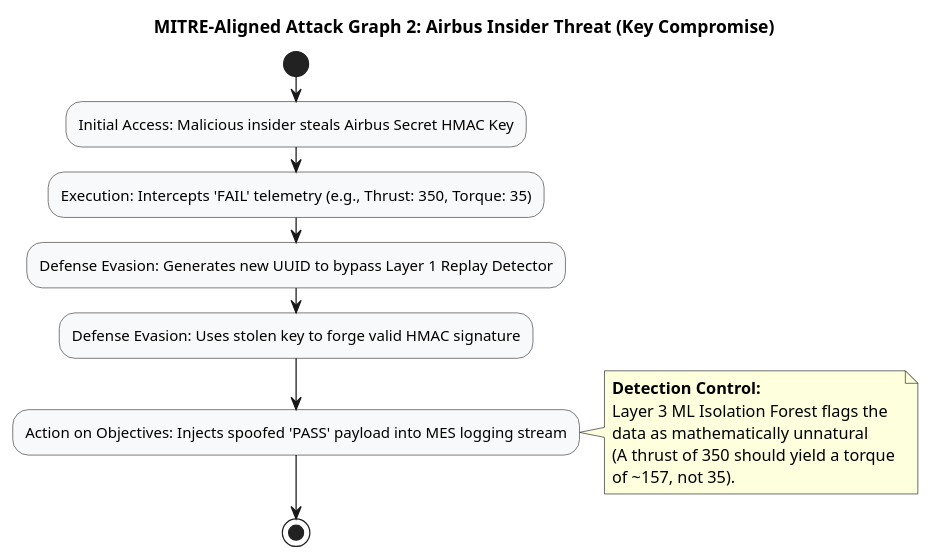
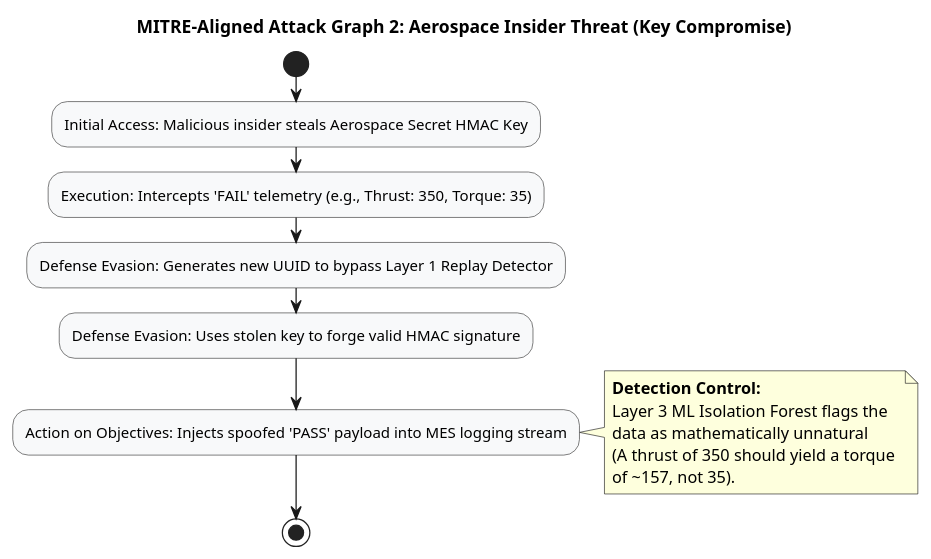
Before and after one commit to metgudV/CyberSecurity: the diagram in diagrams/attack-graph-2.puml, drawn with PlantUML.

Commit message:
Update title and initial access description in attack graph

```diff
--- a/diagrams/attack-graph-2.puml
+++ b/diagrams/attack-graph-2.puml
@@ -1,27 +1,27 @@
 @startuml
 skinparam shadowing false
 skinparam backgroundColor #FFFFFF
 skinparam activity {
     BackgroundColor #F8F9FA
     BorderColor #333333
 }
 
-title MITRE-Aligned Attack Graph 2: Airbus Insider Threat (Key Compromise)
+title MITRE-Aligned Attack Graph 2: Aerospace Insider Threat (Key Compromise)
 
 start
-:Initial Access: Malicious insider steals Airbus Secret HMAC Key;
+:Initial Access: Malicious insider steals Aerospace Secret HMAC Key;
 :Execution: Intercepts 'FAIL' telemetry (e.g., Thrust: 350, Torque: 35);
 :Defense Evasion: Generates new UUID to bypass Layer 1 Replay Detector;
 :Defense Evasion: Uses stolen key to forge valid HMAC signature;
 :Action on Objectives: Injects spoofed 'PASS' payload into MES logging stream;
 
 note right
   **Detection Control:** 
   Layer 3 ML Isolation Forest flags the 
   data as mathematically unnatural 
   (A thrust of 350 should yield a torque 
   of ~157, not 35).
 end note
 
 stop
 @enduml
```
